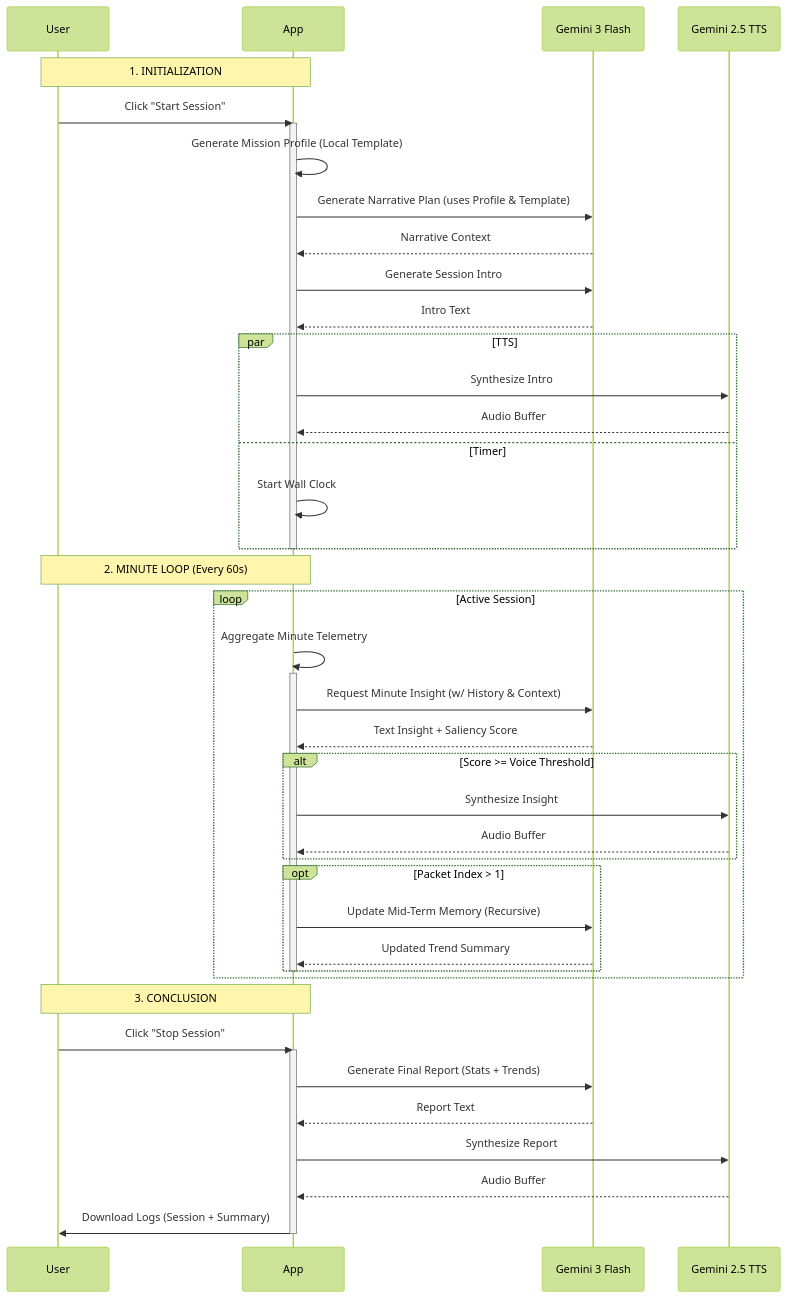
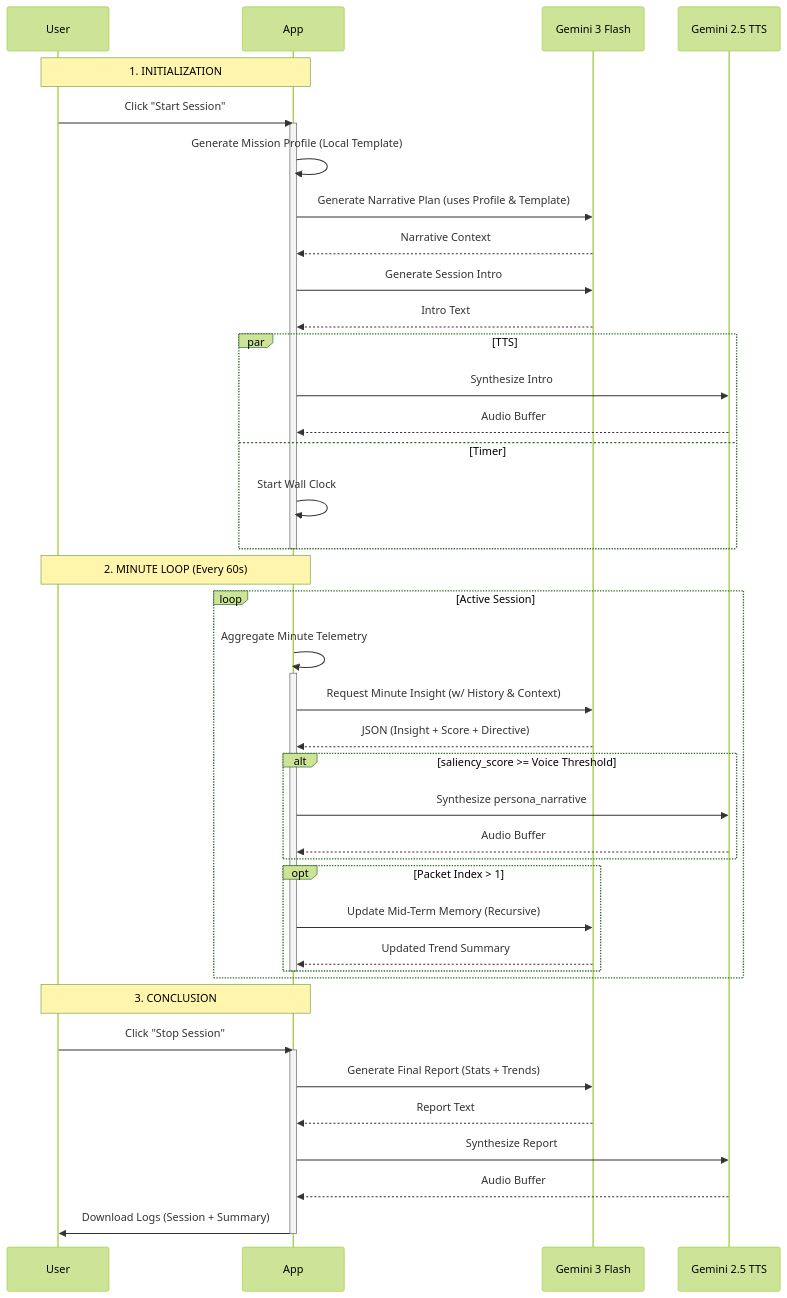
One commit to frogofprey/aahrm_vibe_proto changed the diagram in llm.md. Above: the diagram before and after it, drawn with Mermaid (forest theme). The commit also changed other lines of this file and 5 other files, not shown here.

````diff
--- a/llm.md
+++ b/llm.md
@@ -132,52 +133,52 @@
 ```mermaid
 sequenceDiagram
     participant User
     participant App
     participant Flash as Gemini 3 Flash
     participant TTS as Gemini 2.5 TTS
 
     Note over User, App: 1. INITIALIZATION
     User->>App: Click "Start Session"
     activate App
     App->>App: Generate Mission Profile (Local Template)
     App->>Flash: Generate Narrative Plan (uses Profile & Template)
     Flash-->>App: Narrative Context
     App->>Flash: Generate Session Intro
     Flash-->>App: Intro Text
     par TTS
         App->>TTS: Synthesize Intro
         TTS-->>App: Audio Buffer
     and Timer
         App->>App: Start Wall Clock
     end
     deactivate App
 
     Note over User, App: 2. MINUTE LOOP (Every 60s)
     loop Active Session
         App->>App: Aggregate Minute Telemetry
         activate App
         App->>Flash: Request Minute Insight (w/ History & Context)
-        Flash-->>App: Text Insight + Saliency Score
+        Flash-->>App: JSON (Insight + Score + Directive)
         
-        alt Score >= Voice Threshold
-            App->>TTS: Synthesize Insight
+        alt saliency_score >= Voice Threshold
+            App->>TTS: Synthesize persona_narrative
             TTS-->>App: Audio Buffer
         end
         
         opt Packet Index > 1
             App->>Flash: Update Mid-Term Memory (Recursive)
             Flash-->>App: Updated Trend Summary
         end
         deactivate App
     end
 
     Note over User, App: 3. CONCLUSION
     User->>App: Click "Stop Session"
     activate App
     App->>Flash: Generate Final Report (Stats + Trends)
     Flash-->>App: Report Text
     App->>TTS: Synthesize Report
     TTS-->>App: Audio Buffer
     App->>User: Download Logs (Session + Summary)
     deactivate App
 ```
````
